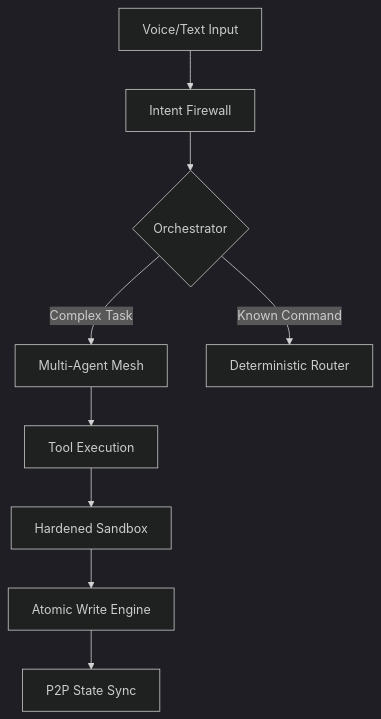
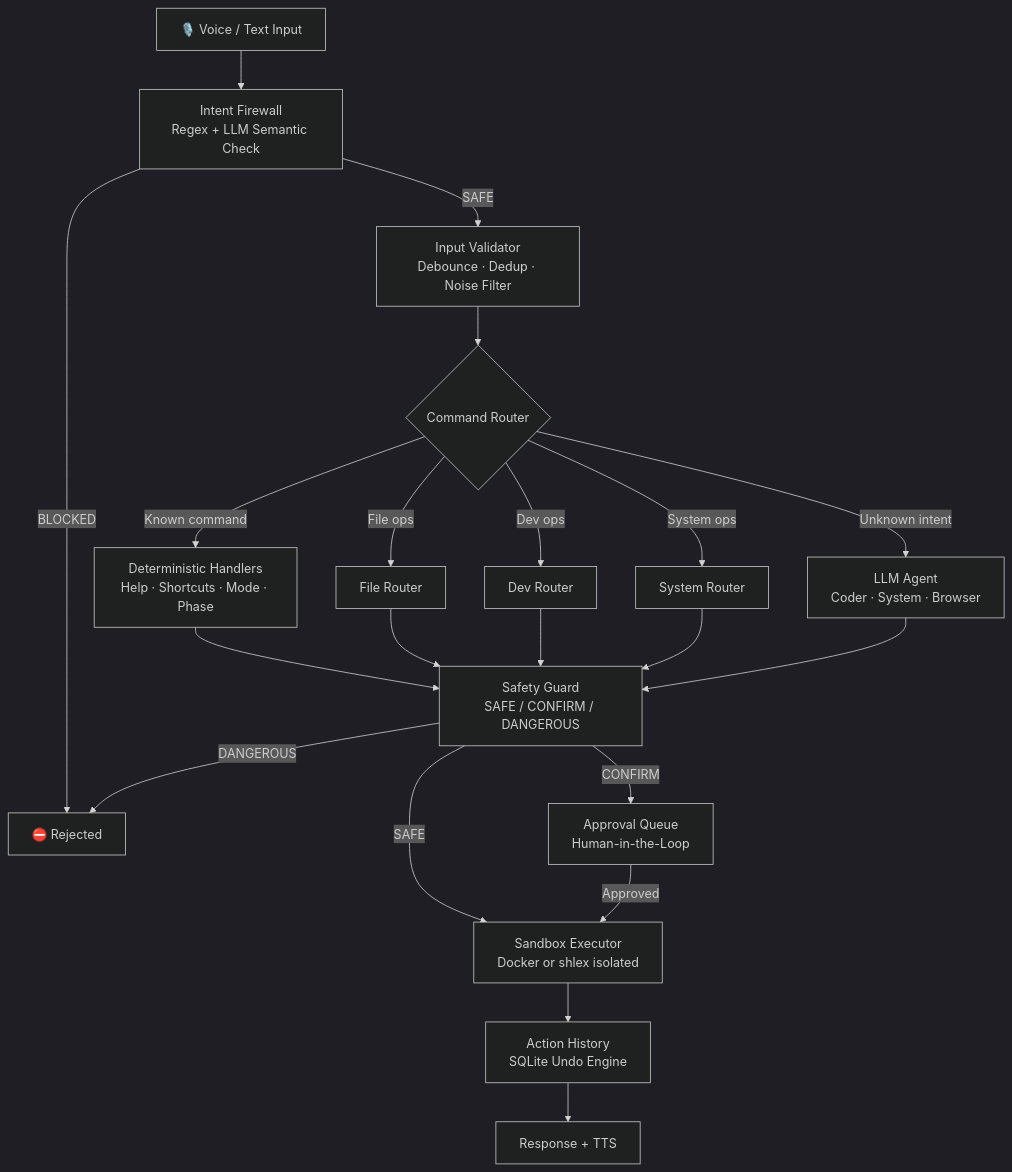
Before and after one commit to Sarvadnya07/sherly: the diagram in README.md, drawn with Mermaid (dark theme). The commit also changed other lines of this file and 65 other files, not shown here.

````diff
--- a/README.md
+++ b/README.md
@@ -37,11 +87,19 @@
 ```mermaid
 graph TD
-    A[Voice/Text Input] --> B[Intent Firewall]
-    B --> C{Orchestrator}
-    C -->|Complex Task| D[Multi-Agent Mesh]
-    C -->|Known Command| E[Deterministic Router]
-    D --> F[Tool Execution]
-    F --> G[Hardened Sandbox]
-    G --> H[Atomic Write Engine]
-    H --> I[P2P State Sync]
+    A[🎙️ Voice / Text Input] --> B[Intent Firewall\nRegex + LLM Semantic Check]
+    B -->|SAFE| C[Input Validator\nDebounce · Dedup · Noise Filter]
+    B -->|BLOCKED| X[⛔ Rejected]
+    C --> D{Command Router}
+    D -->|Known command| E[Deterministic Handlers\nHelp · Shortcuts · Mode · Phase]
+    D -->|File ops| F[File Router]
+    D -->|Dev ops| G[Dev Router]
+    D -->|System ops| H[System Router]
+    D -->|Unknown intent| I[LLM Agent\nCoder · System · Browser]
+    E & F & G & H & I --> J[Safety Guard\nSAFE / CONFIRM / DANGEROUS]
+    J -->|SAFE| K[Sandbox Executor\nDocker or shlex isolated]
+    J -->|CONFIRM| L[Approval Queue\nHuman-in-the-Loop]
+    J -->|DANGEROUS| X
+    K --> M[Action History\nSQLite Undo Engine]
+    L -->|Approved| K
+    M --> N[Response + TTS]
 ```
````
